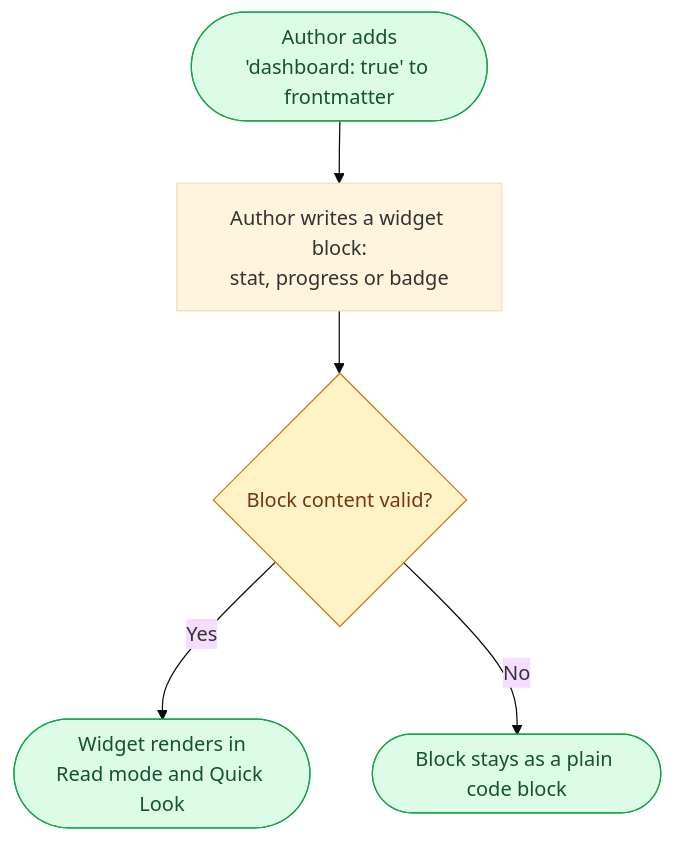
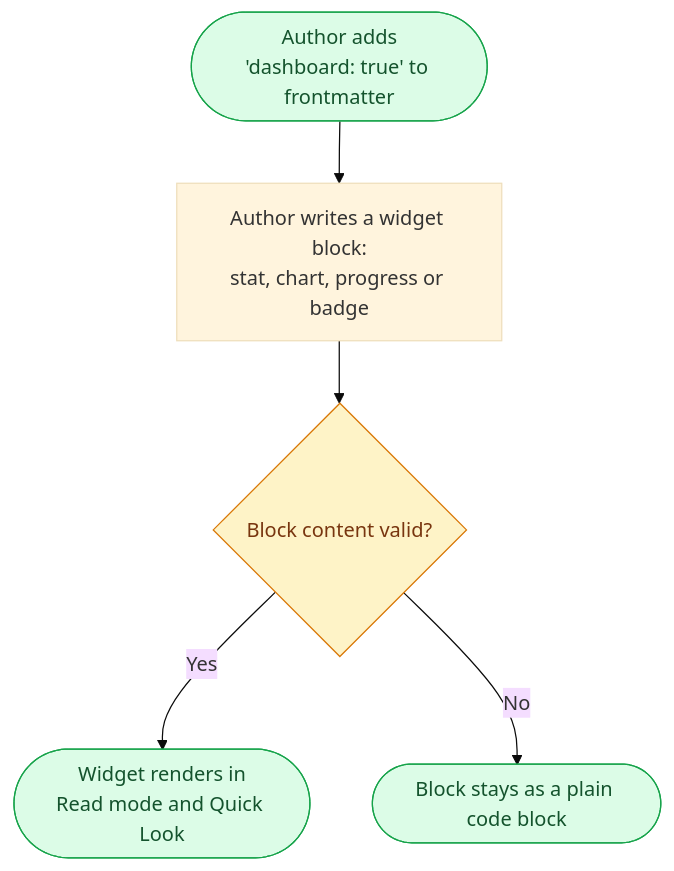
One commit to bluzky/daisy-app changed the first of 4 diagrams in docs/features/markdown-dashboard.md. Above: the diagram before and after it, drawn with Mermaid (base theme). The commit also changed other lines of this file and 15 other files, not shown here.

First line of the commit message:
Add dashboard charts and a shared semantic palette

````diff
--- a/docs/features/markdown-dashboard.md
+++ b/docs/features/markdown-dashboard.md
@@ -35,12 +38,12 @@
 ```mermaid
 flowchart TD
-    S(["Author adds<br/>'dashboard: true' to frontmatter"]) --> W["Author writes a widget block:<br/>stat, progress or badge"]
+    S(["Author adds<br/>'dashboard: true' to frontmatter"]) --> W["Author writes a widget block:<br/>stat, chart, progress or badge"]
     W --> V{"Block content valid?"}
     V -- Yes --> R(["Widget renders in<br/>Read mode and Quick Look"])
     V -- No --> F(["Block stays as a plain code block"])
 
     classDef terminal fill:#dcfce7,stroke:#16a34a,color:#14532d
     classDef decision fill:#fef3c7,stroke:#d97706,color:#78350f
     class S,R,F terminal
     class V decision
 ```
````
